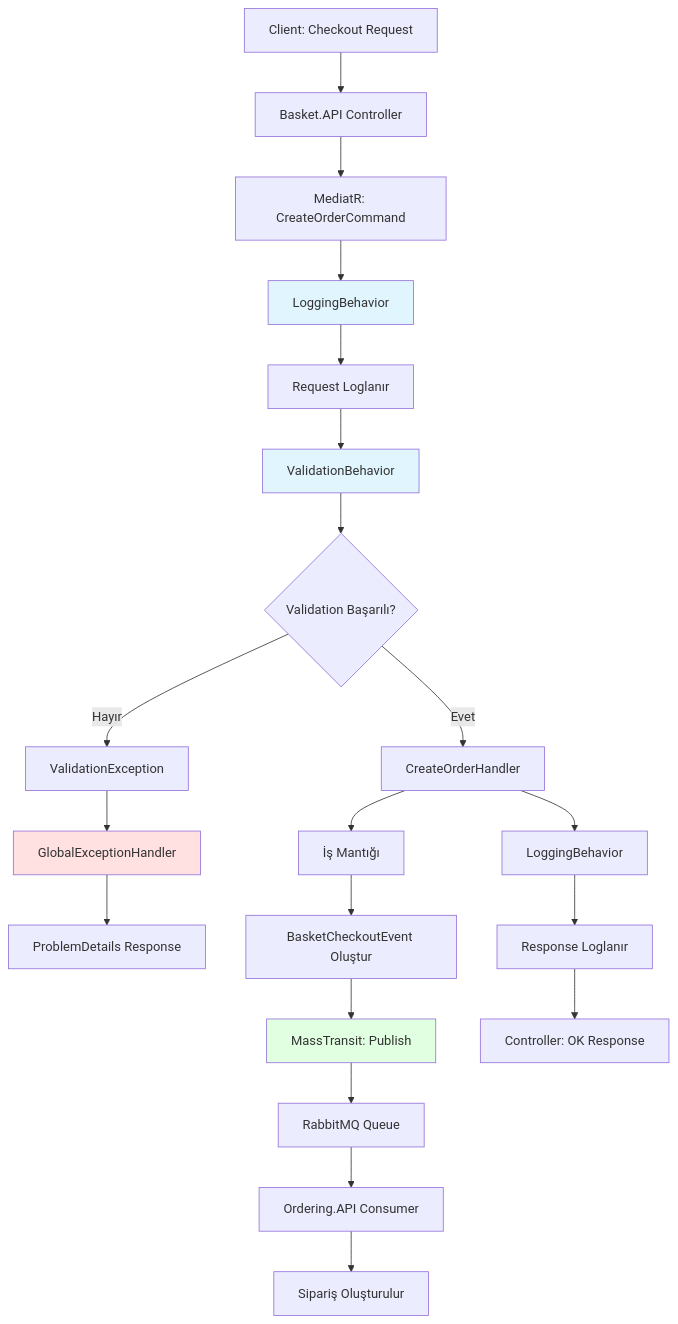
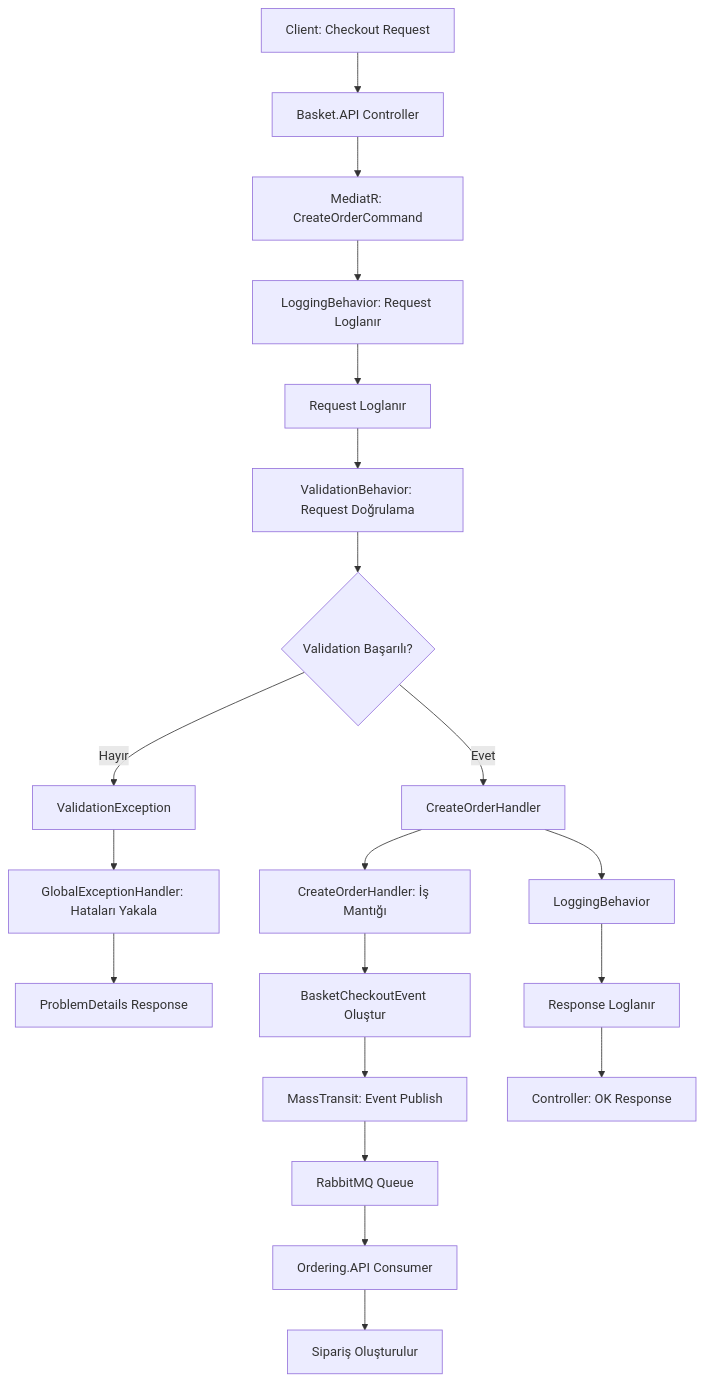
The fourth of 4 diagrams in docs/architecture/eSho-AspController-Arc/documentation/done/faz-2-done/flow/faz-2-buildingblocks-flow.md (kamillsen/microservice-eshop-me), drawn with Mermaid before and after one commit. The commit also changed other lines of this file, not shown here.

Commit message:
- faz-2-buildinblocks-flow.md de güncelleme

````diff
--- a/docs/architecture/eSho-AspController-Arc/documentation/done/faz-2-done/flow/faz-2-buildingblocks-flow.md
+++ b/docs/architecture/eSho-AspController-Arc/documentation/done/faz-2-done/flow/faz-2-buildingblocks-flow.md
@@ -644,32 +973,27 @@
 ```mermaid
 graph TD
     A[Client: Checkout Request] --> B[Basket.API Controller]
     B --> C[MediatR: CreateOrderCommand]
     
-    C --> D[LoggingBehavior]
+    C --> D[LoggingBehavior: Request Loglanır]
     D --> E[Request Loglanır]
-    E --> F[ValidationBehavior]
+    E --> F[ValidationBehavior: Request Doğrulama]
     F --> G{Validation Başarılı?}
     
     G -->|Hayır| H[ValidationException]
-    H --> I[GlobalExceptionHandler]
+    H --> I[GlobalExceptionHandler: Hataları Yakala]
     I --> J[ProblemDetails Response]
     
     G -->|Evet| K[CreateOrderHandler]
-    K --> L[İş Mantığı]
+    K --> L[CreateOrderHandler: İş Mantığı]
     L --> M[BasketCheckoutEvent Oluştur]
-    M --> N[MassTransit: Publish]
+    M --> N[MassTransit: Event Publish]
     N --> O[RabbitMQ Queue]
     
     K --> P[LoggingBehavior]
     P --> Q[Response Loglanır]
     Q --> R[Controller: OK Response]
     
     O --> S[Ordering.API Consumer]
     S --> T[Sipariş Oluşturulur]
-    
-    style D fill:#e1f5ff
-    style F fill:#e1f5ff
-    style I fill:#ffe1e1
-    style N fill:#e1ffe1
 ```
````
